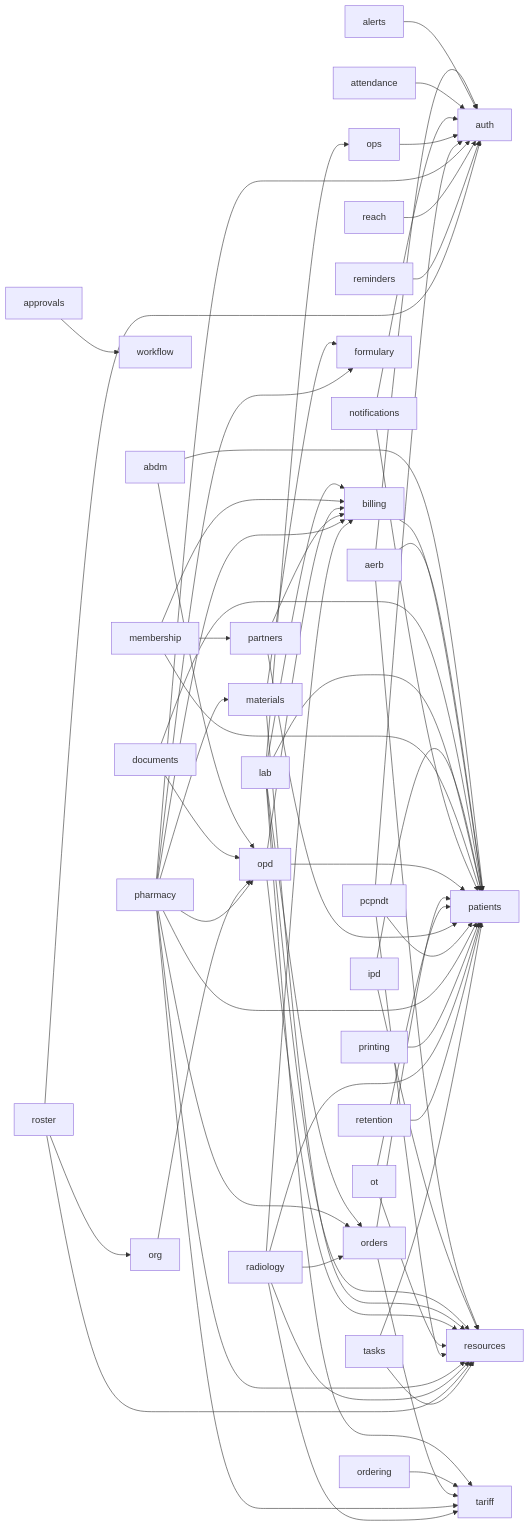
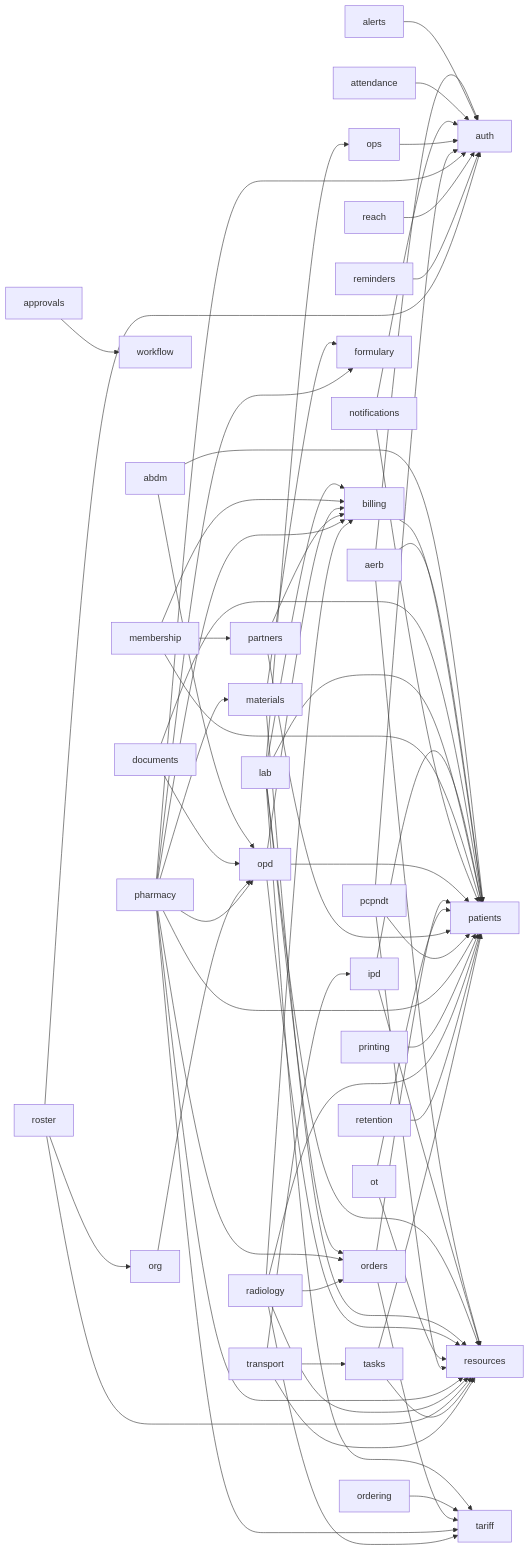
One commit to ankits3a/hims-hmis changed the diagram in docs/architecture/schema.md. Above: the diagram before and after it, drawn with Mermaid. The commit also changed other lines of this file and 55 other files, not shown here.

First line of the commit message:
feat(transport): porter and patient-movement tasks; escort before start, cylinder check, wristband handover (E1.6)

````diff
--- a/docs/architecture/schema.md
+++ b/docs/architecture/schema.md
@@ -13,67 +13,70 @@
 ```mermaid
 flowchart LR
   abdm[abdm] --> opd[opd]
   abdm[abdm] --> patients[patients]
   aerb[aerb] --> auth[auth]
   aerb[aerb] --> patients[patients]
   aerb[aerb] --> resources[resources]
   alerts[alerts] --> auth[auth]
   approvals[approvals] --> workflow[workflow]
   attendance[attendance] --> auth[auth]
   billing[billing] --> patients[patients]
   documents[documents] --> opd[opd]
   documents[documents] --> patients[patients]
   ipd[ipd] --> patients[patients]
   ipd[ipd] --> resources[resources]
   lab[lab] --> billing[billing]
   lab[lab] --> ops[ops]
   lab[lab] --> orders[orders]
   lab[lab] --> patients[patients]
   lab[lab] --> resources[resources]
   lab[lab] --> tariff[tariff]
   materials[materials] --> formulary[formulary]
   materials[materials] --> resources[resources]
   membership[membership] --> billing[billing]
   membership[membership] --> partners[partners]
   membership[membership] --> patients[patients]
   notifications[notifications] --> auth[auth]
   notifications[notifications] --> patients[patients]
   opd[opd] --> billing[billing]
   opd[opd] --> patients[patients]
   opd[opd] --> resources[resources]
   ops[ops] --> auth[auth]
   ordering[ordering] --> tariff[tariff]
   orders[orders] --> patients[patients]
   orders[orders] --> tariff[tariff]
   org[org] --> opd[opd]
   ot[ot] --> patients[patients]
   ot[ot] --> resources[resources]
   partners[partners] --> billing[billing]
   partners[partners] --> patients[patients]
   pcpndt[pcpndt] --> auth[auth]
   pcpndt[pcpndt] --> patients[patients]
   pcpndt[pcpndt] --> resources[resources]
   pharmacy[pharmacy] --> auth[auth]
   pharmacy[pharmacy] --> billing[billing]
   pharmacy[pharmacy] --> formulary[formulary]
   pharmacy[pharmacy] --> materials[materials]
   pharmacy[pharmacy] --> opd[opd]
   pharmacy[pharmacy] --> orders[orders]
   pharmacy[pharmacy] --> patients[patients]
   pharmacy[pharmacy] --> resources[resources]
   pharmacy[pharmacy] --> tariff[tariff]
   printing[printing] --> patients[patients]
   radiology[radiology] --> billing[billing]
   radiology[radiology] --> orders[orders]
   radiology[radiology] --> patients[patients]
   radiology[radiology] --> resources[resources]
   radiology[radiology] --> tariff[tariff]
   reach[reach] --> auth[auth]
   reminders[reminders] --> auth[auth]
   retention[retention] --> patients[patients]
   roster[roster] --> auth[auth]
   roster[roster] --> org[org]
   roster[roster] --> resources[resources]
   tasks[tasks] --> patients[patients]
   tasks[tasks] --> resources[resources]
+  transport[transport] --> ipd[ipd]
+  transport[transport] --> resources[resources]
+  transport[transport] --> tasks[tasks]
 ```
````
